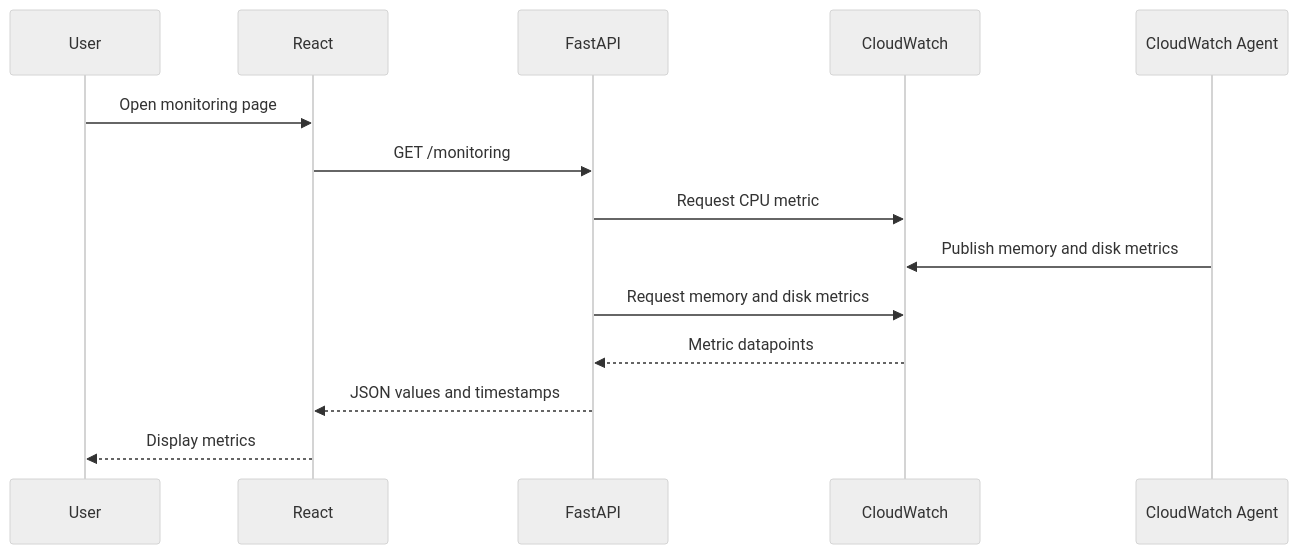
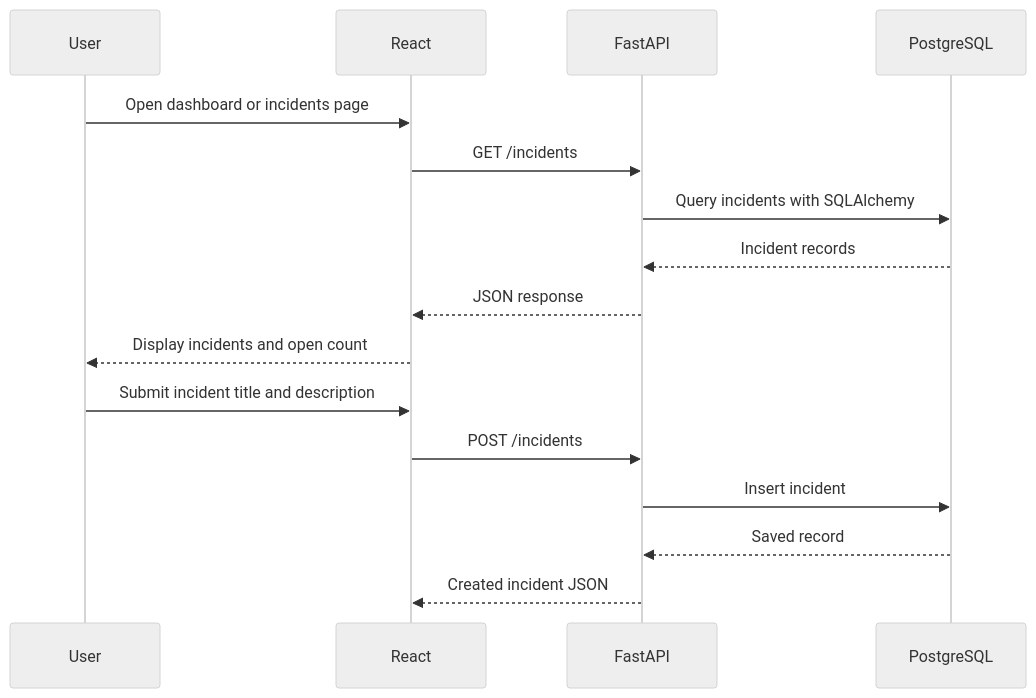
The first of 2 diagrams in docs/workflow.md (Bharath9542530187/CloudOps-Nexus), drawn with Mermaid (neutral theme) before and after one commit. The commit also changed other lines of this file, not shown here.

````diff
--- a/docs/workflow.md
+++ b/docs/workflow.md
@@ -15,16 +13,18 @@
 ```mermaid
 sequenceDiagram
     participant User
     participant UI as React
     participant API as FastAPI
-    participant CW as CloudWatch
-    participant Agent as CloudWatch Agent
-    User->>UI: Open monitoring page
-    UI->>API: GET /monitoring
-    API->>CW: Request CPU metric
-    Agent->>CW: Publish memory and disk metrics
-    API->>CW: Request memory and disk metrics
-    CW-->>API: Metric datapoints
-    API-->>UI: JSON values and timestamps
-    UI-->>User: Display metrics
+    participant DB as PostgreSQL
+    User->>UI: Open dashboard or incidents page
+    UI->>API: GET /incidents
+    API->>DB: Query incidents with SQLAlchemy
+    DB-->>API: Incident records
+    API-->>UI: JSON response
+    UI-->>User: Display incidents and open count
+    User->>UI: Submit incident title and description
+    UI->>API: POST /incidents
+    API->>DB: Insert incident
+    DB-->>API: Saved record
+    API-->>UI: Created incident JSON
 ```
````
